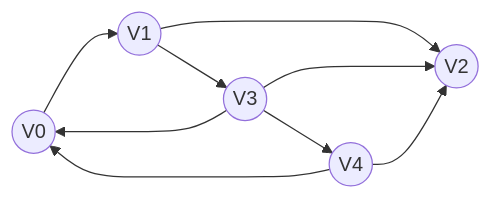
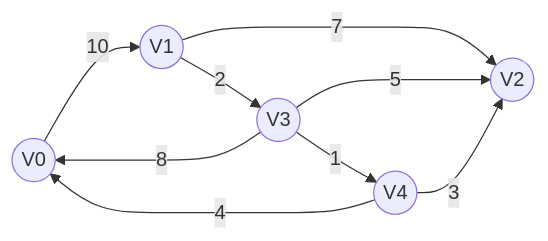
One commit to Sigma1084/Data_Structures_Cpp changed the diagram in Graphs/ReadME.md. Above: the diagram before and after it, drawn with Mermaid. The commit also changed other lines of this file and 3 other files, not shown here.

````diff
--- a/Graphs/ReadME.md
+++ b/Graphs/ReadME.md
@@ -44,11 +44,11 @@
 ```mermaid
 graph LR
-A((V0)) --> B((V1))
-D((V3)) --> A
-B --> C((V2))
-D --> C
-B --> D
-D --> E((V4))
-E --> A
-E --> C
+A((V0)) -- 10 --> B((V1))
+D((V3)) -- 8 --> A
+B -- 7 --> C((V2))
+D -- 5 --> C
+B -- 2 --> D
+D -- 1 --> E((V4))
+E -- 4 --> A
+E -- 3 --> C
 ```
````
